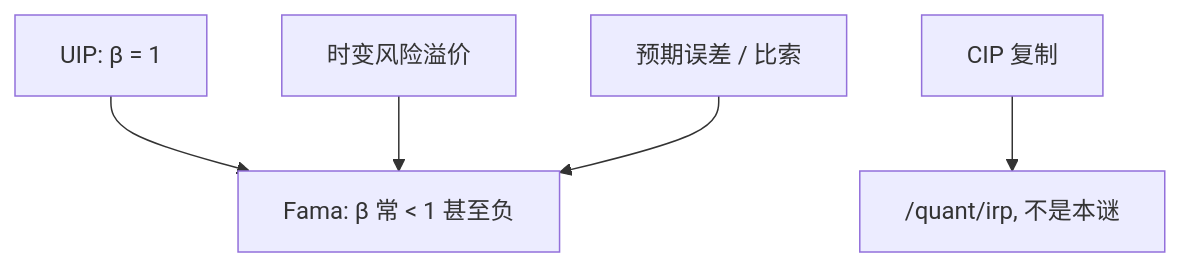
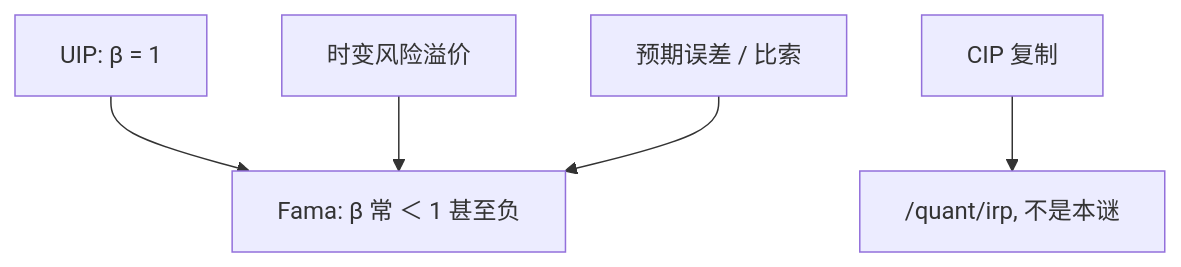
The diagram in docs/econ/forward-premium-puzzle.md (xhongduo-tech/xhongduo-tech.github.io), drawn with Mermaid before and after one commit. The commit also changed 772 other files, not shown here.

````diff
--- a/docs/econ/forward-premium-puzzle.md
+++ b/docs/econ/forward-premium-puzzle.md
@@ -26,7 +26,7 @@
 ```mermaid
 flowchart TD
-  UIP["UIP: β = 1"] --> FAMA["Fama: β 常 < 1 甚至负"]
+  UIP["UIP: β = 1"] --> FAMA["Fama: β 常 ＜ 1 甚至负"]
   RP["时变风险溢价"] --> FAMA
   EXP["预期误差 / 比索"] --> FAMA
   CIP["CIP 复制"] --> Q["/quant/irp, 不是本谜"]
 ```
````
